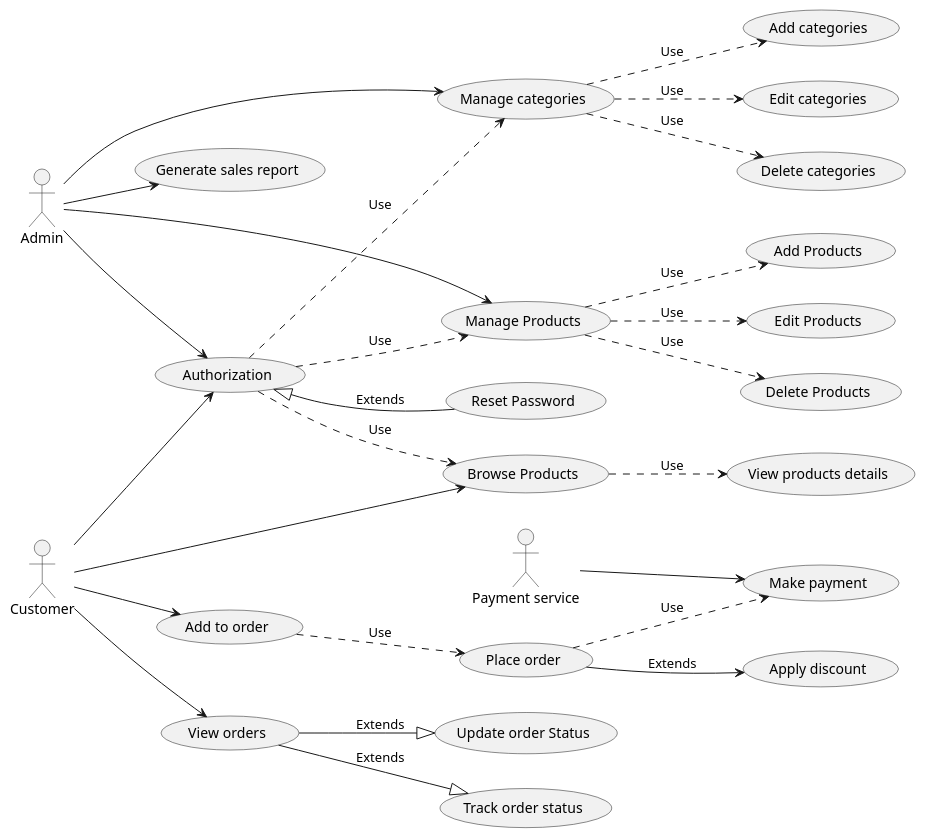
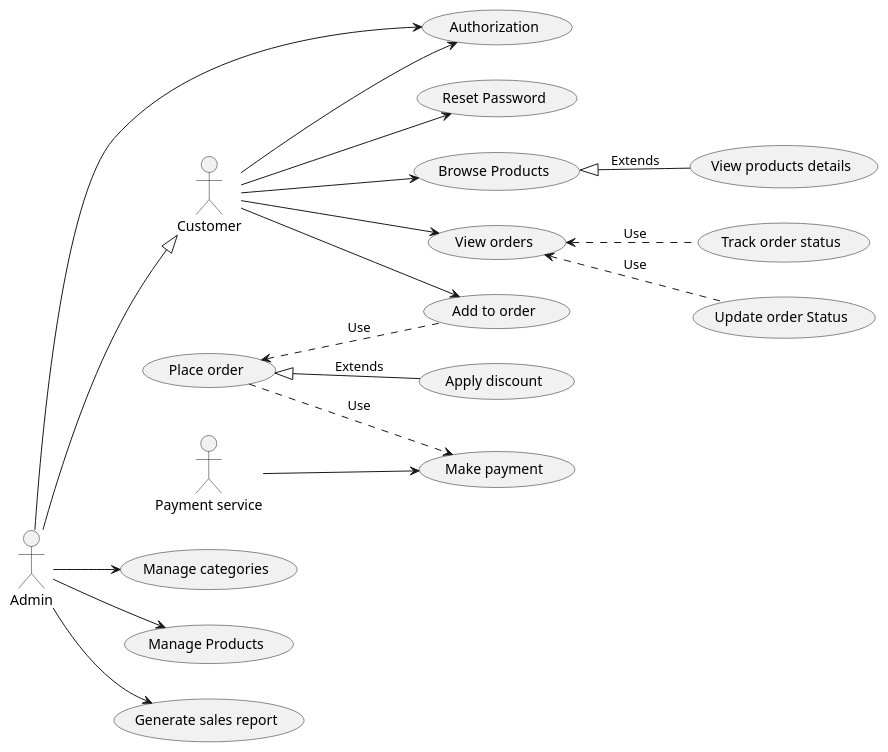
One commit to StenSOn27/lab2_kpi changed the diagram in lab2.puml. Above: the diagram before and after it, drawn with PlantUML. The commit also changed 4 other files, not shown here.

```diff
--- a/lab2.puml
+++ b/lab2.puml
@@ -1,54 +1,51 @@
-@startuml name Lab2
+@startuml lab2
 left to right direction
 
 actor Admin
 actor Customer
 actor "Payment service" as PaymentService
 
 usecase "Authorization" as Auth
 usecase "Reset Password" as RP
+
 usecase "Manage categories" as MC
-usecase "Add categories" as AC
-usecase "Edit categories" as EC
-usecase "Delete categories" as DC
+usecase "Manage Products" as MP
+
 usecase "Generate sales report" as GSR
-usecase "Manage Products" as MP
-usecase "Add Products" as AP
-usecase "Edit Products" as EP
-usecase "Delete Products" as DP
+
 usecase "Browse Products" as BP
 usecase "View products details" as VPD
+
 usecase "Add to order" as ATC
-usecase "View orders" as VO
 usecase "Place order" as PO
 usecase "Make payment" as MPAY
 usecase "Apply discount" as AD
+
+usecase "View orders" as VO
 usecase "Update order Status" as UOS
 usecase "Track order status" as TOS
 
+Admin --|> Customer
 Admin --> Auth
 Customer --> Auth
+Customer --> RP
 Admin --> MC
-MC ..> AC : Use
-MC ..> EC : Use
-MC ..> DC : Use
 Admin --> MP
-MP ..> AP : Use
-MP ..> EP : Use
-MP ..> DP : Use
 Admin --> GSR
+
 Customer --> BP
-BP ..> VPD : Use
-Auth <|-- RP : Extends
-Auth ..> MC : Use
-Auth ..> MP : Use
-Auth ..> BP : Use
 Customer --> ATC
-ATC ..> PO : Use
-PO --> AD : Extends
-PO ..> MPAY : Use
+Customer --> VO
+
 PaymentService --> MPAY
-Customer --> VO
-VO --|> UOS : Extends
-VO --|> TOS : Extends
+
+BP <|-- VPD : "Extends"
+
+PO ..> MPAY : "Use"
+PO <|-- AD : "Extends"
+PO <.. ATC : "Use"
+
+VO <.. UOS : "Use"
+VO <.. TOS : "Use"
+
 @enduml
```
